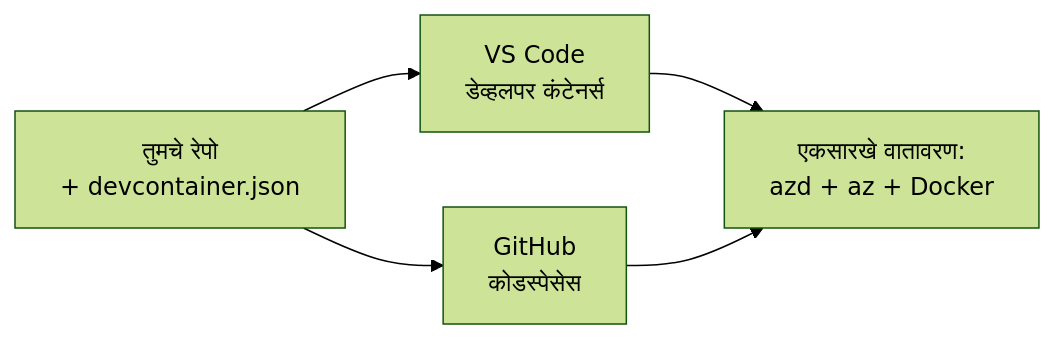
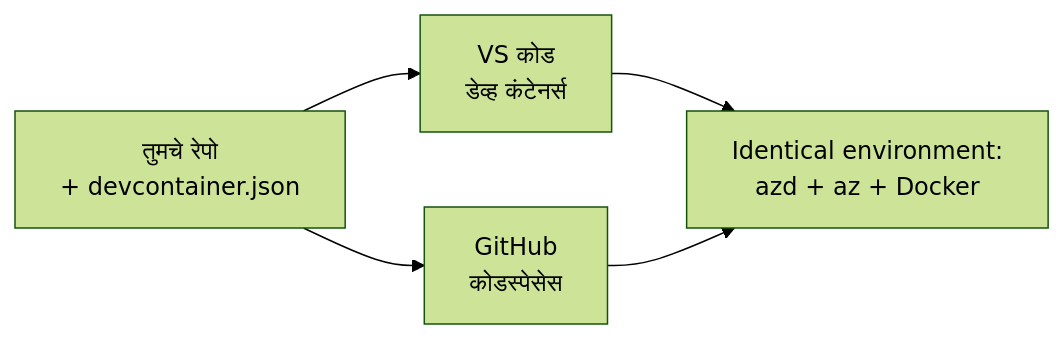
The diagram in translations/mr/docs/chapter-01-foundation/dev-containers.md (microsoft/AZD-for-beginners), drawn with Mermaid (forest theme) before and after one commit. The commit also changed other lines of this file and 62 other files, not shown here.

````diff
--- a/translations/mr/docs/chapter-01-foundation/dev-containers.md
+++ b/translations/mr/docs/chapter-01-foundation/dev-containers.md
@@ -41,7 +41,7 @@
 ```mermaid
 graph LR
-    Repo[तुमचे रेपो<br/>+ devcontainer.json] --> VSCode[VS Code<br/>डेव्हलपर कंटेनर्स]
+    Repo[तुमचे रेपो<br/>+ devcontainer.json] --> VSCode[VS कोड<br/>डेव्ह कंटेनर्स]
     Repo --> Codespaces[GitHub<br/>कोडस्पेसेस]
-    VSCode --> Env[एकसारखे वातावरण:<br/>azd + az + Docker]
+    VSCode --> Env[Identical environment:<br/>azd + az + Docker]
     Codespaces --> Env
 ```
````
